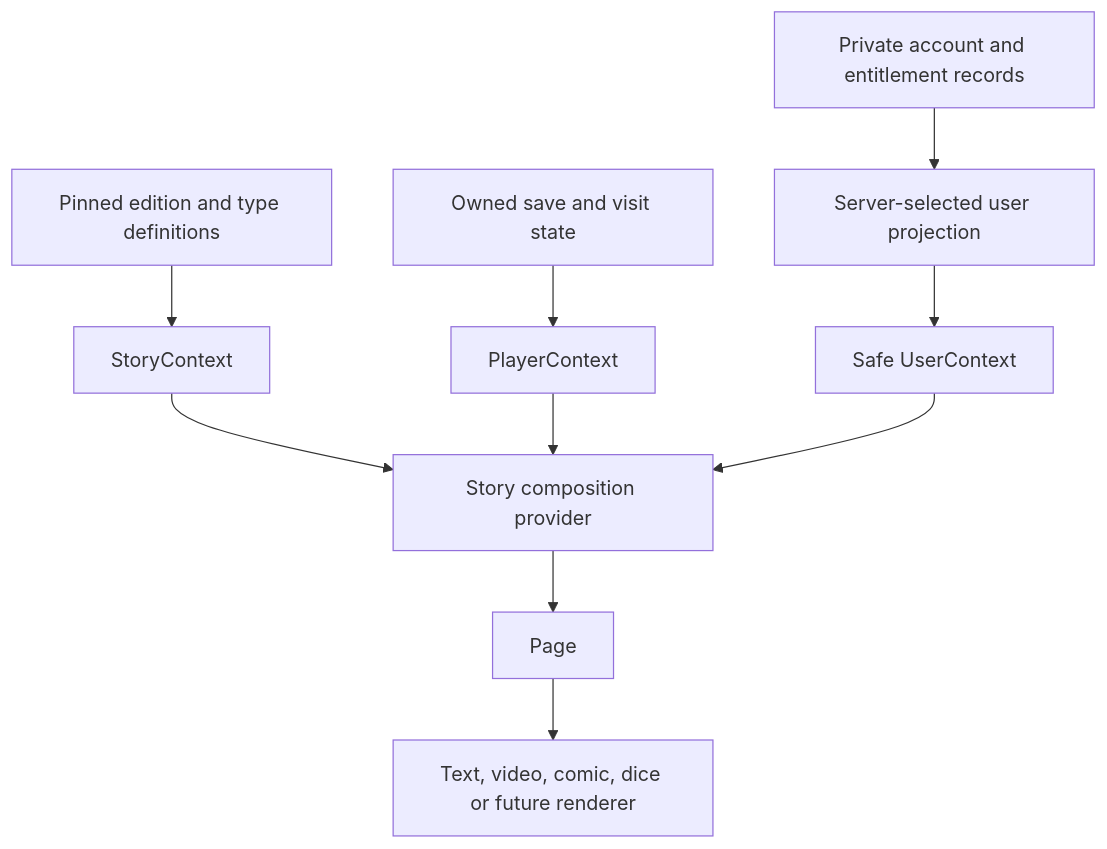
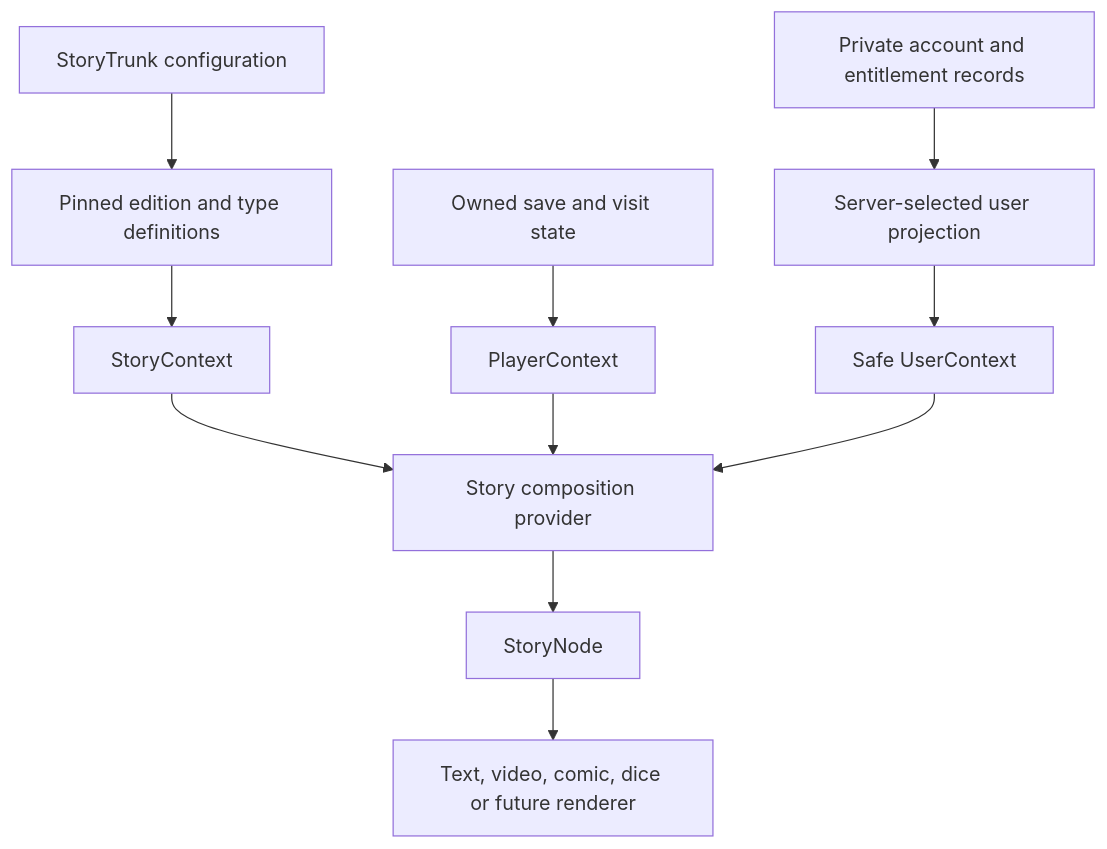
The second of 2 diagrams in docs/story-system/architecture.md (rcereghini/storybranch), drawn with Mermaid before and after one commit. The commit also changed other lines of this file and 148 other files, not shown here.

First line of the commit message:
Align StoryNode naming and preserve existing data compatibility

````diff
--- a/docs/story-system/architecture.md
+++ b/docs/story-system/architecture.md
@@ -46,12 +50,13 @@
 ```mermaid
 flowchart TD
   Account[Private account and entitlement records] --> Projection[Server-selected user projection]
-  Manifest[Pinned edition and type definitions] --> SC[StoryContext]
+  Trunk[StoryTrunk configuration] --> Manifest[Pinned edition and type definitions]
+  Manifest --> SC[StoryContext]
   Save[Owned save and visit state] --> PC[PlayerContext]
   Projection --> UC[Safe UserContext]
   SC --> Provider[Story composition provider]
   PC --> Provider
   UC --> Provider
-  Provider --> Wrapper[Page]
+  Provider --> Wrapper[StoryNode]
   Wrapper --> Child[Text, video, comic, dice or future renderer]
 ```
````
